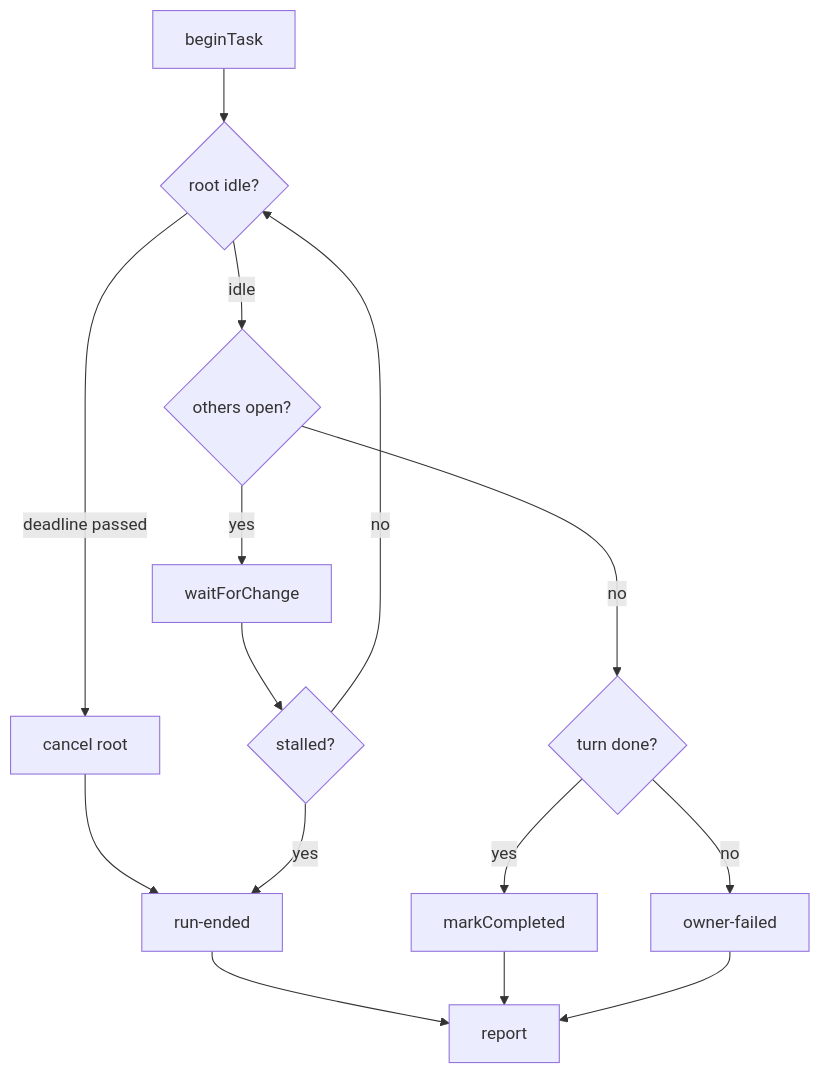
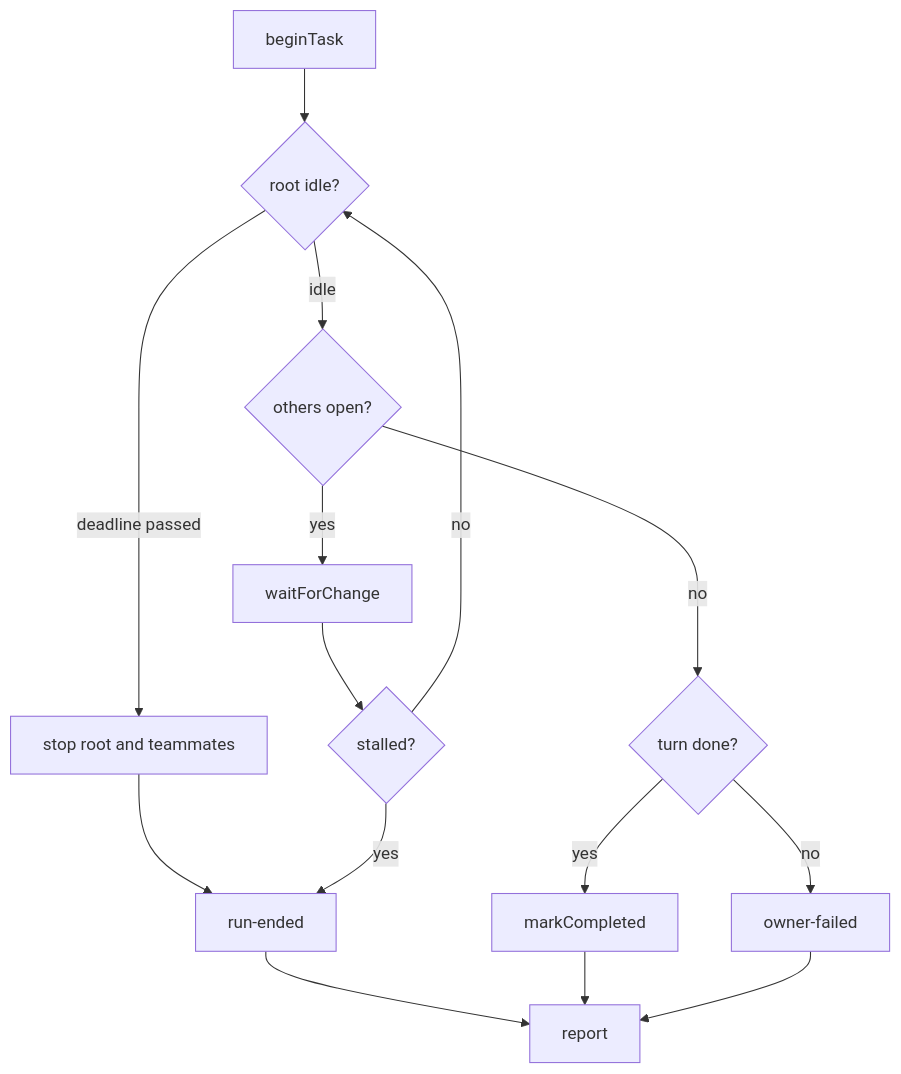
One commit to zhengxuyu/deepseek-harness changed the second of 2 diagrams in docs/subsystems/agent-team.md. Above: the diagram before and after it, drawn with Mermaid. The commit also changed other lines of this file and 50 other files, not shown here.

````diff
--- a/docs/subsystems/agent-team.md
+++ b/docs/subsystems/agent-team.md
@@ -124,13 +144,13 @@
 ```mermaid
 flowchart TD
   begin["beginTask"] --> idle{"root idle?"}
-  idle -- deadline passed --> cancel["cancel root"] --> ended["run-ended"] --> report
+  idle -- deadline passed --> stop["stop root and teammates"] --> ended["run-ended"] --> report
   idle -- idle --> others{"others open?"}
   others -- no --> last{"turn done?"}
   last -- yes --> done["markCompleted"] --> report
   last -- no --> failed["owner-failed"] --> report
   others -- yes --> wait["waitForChange"] --> stalled{"stalled?"}
   stalled -- yes --> ended
   stalled -- no --> idle
   report["report"]
 ```
````
